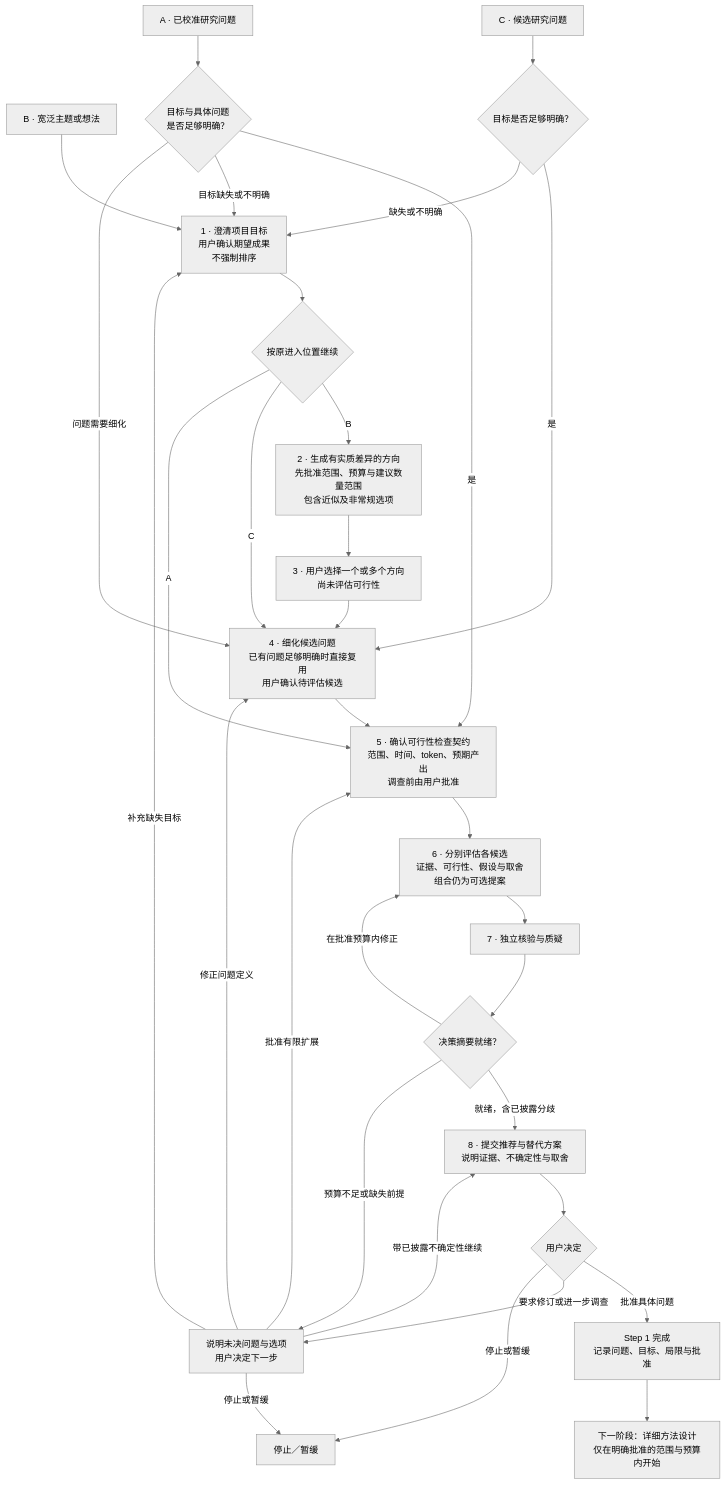
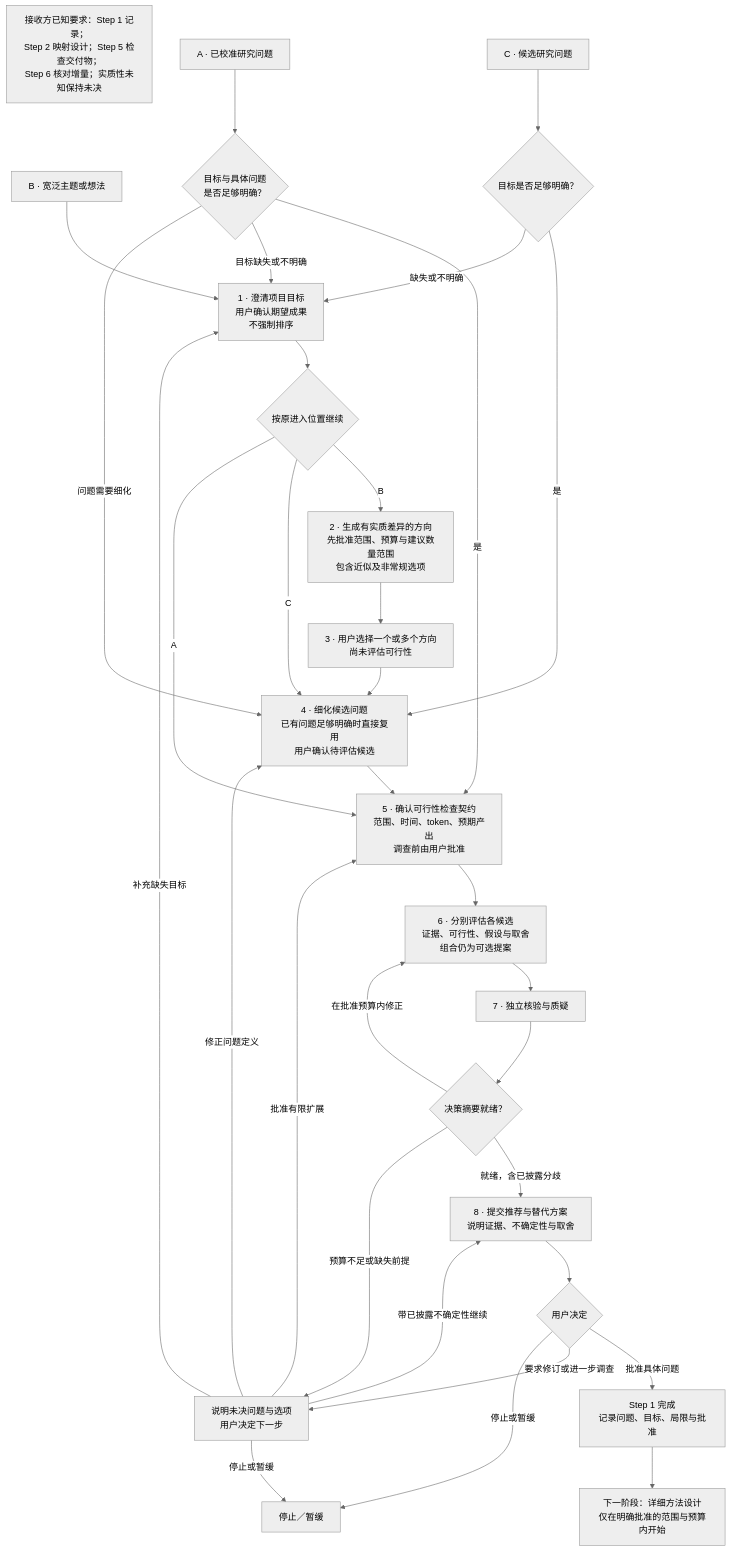
The diagram in docs/step-1.md (reinafeng2006/research-workflow), drawn with Mermaid (neutral theme) before and after one commit. The commit also changed other lines of this file and 68 other files, not shown here.

````diff
--- a/docs/step-1.md
+++ b/docs/step-1.md
@@ -15,39 +15,40 @@
 ```mermaid
 flowchart TD
+    DELIVERY["接收方已知要求：Step 1 记录；<br/>Step 2 映射设计；Step 5 检查交付物；<br/>Step 6 核对增量；实质性未知保持未决"]
     B["B · 宽泛主题或想法"] --> P1
     C["C · 候选研究问题"] --> Ccheck
     A["A · 已校准研究问题"] --> Acheck
     P1["1 · 澄清项目目标<br/>用户确认期望成果<br/>不强制排序"]
     P1 --> Route{"按原进入位置继续"}
     Route -->|B| P2
     Route -->|C| P4
     Route -->|A| P5
     P2["2 · 生成有实质差异的方向<br/>先批准范围、预算与建议数量范围<br/>包含近似及非常规选项"]
     P2 --> P3
     P3["3 · 用户选择一个或多个方向<br/>尚未评估可行性"] --> P4
     Ccheck{"目标是否足够明确？"}
     Ccheck -->|是| P4
     Ccheck -->|缺失或不明确| P1
     P4["4 · 细化候选问题<br/>已有问题足够明确时直接复用<br/>用户确认待评估候选"] --> P5
     Acheck{"目标与具体问题<br/>是否足够明确？"}
     Acheck -->|是| P5
     Acheck -->|目标缺失或不明确| P1
     Acheck -->|问题需要细化| P4
     P5["5 · 确认可行性检查契约<br/>范围、时间、token、预期产出<br/>调查前由用户批准"] --> P6
     P6["6 · 分别评估各候选<br/>证据、可行性、假设与取舍<br/>组合仍为可选提案"] --> V
     V["7 · 独立核验与质疑"] --> Gate{"决策摘要就绪？"}
     Gate -->|在批准预算内修正| P6
     Gate -->|就绪，含已披露分歧| P8
     Gate -->|预算不足或缺失前提| E
     E["说明未决问题与选项<br/>用户决定下一步"]
     E -->|批准有限扩展| P5
     E -->|补充缺失目标| P1
     E -->|修正问题定义| P4
     E -->|带已披露不确定性继续| P8
     E -->|停止或暂缓| Stop["停止／暂缓"]
     P8["8 · 提交推荐与替代方案<br/>说明证据、不确定性与取舍"] --> H{"用户决定"}
     H -->|批准具体问题| Done["Step 1 完成<br/>记录问题、目标、局限与批准"]
     H -->|要求修订或进一步调查| E
     H -->|停止或暂缓| Stop
     Done --> Next["下一阶段：详细方法设计<br/>仅在明确批准的范围与预算内开始"]
 ```
````
